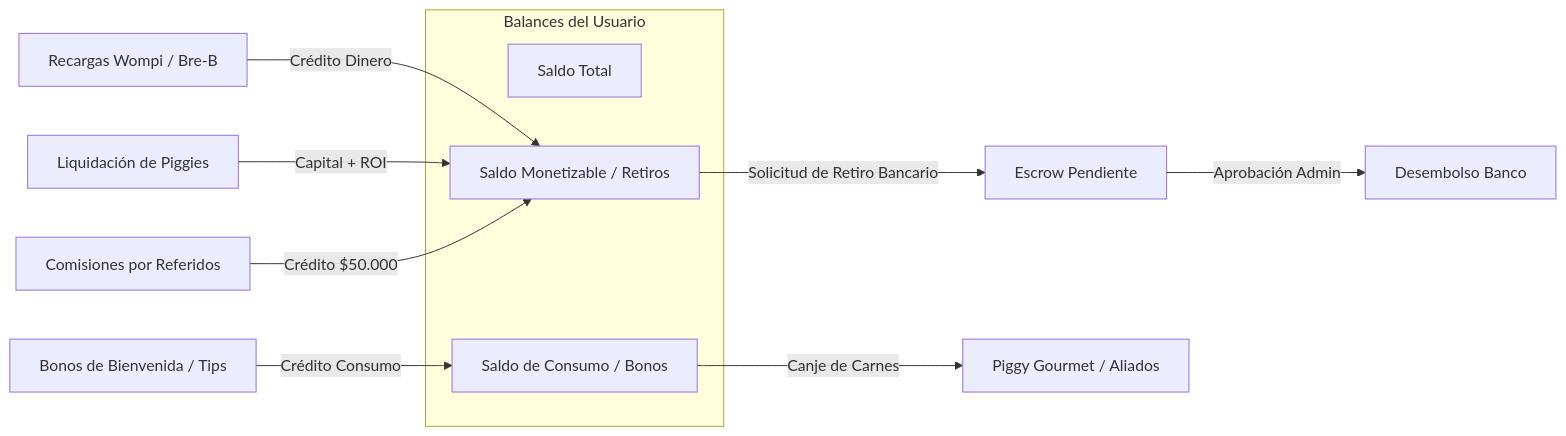
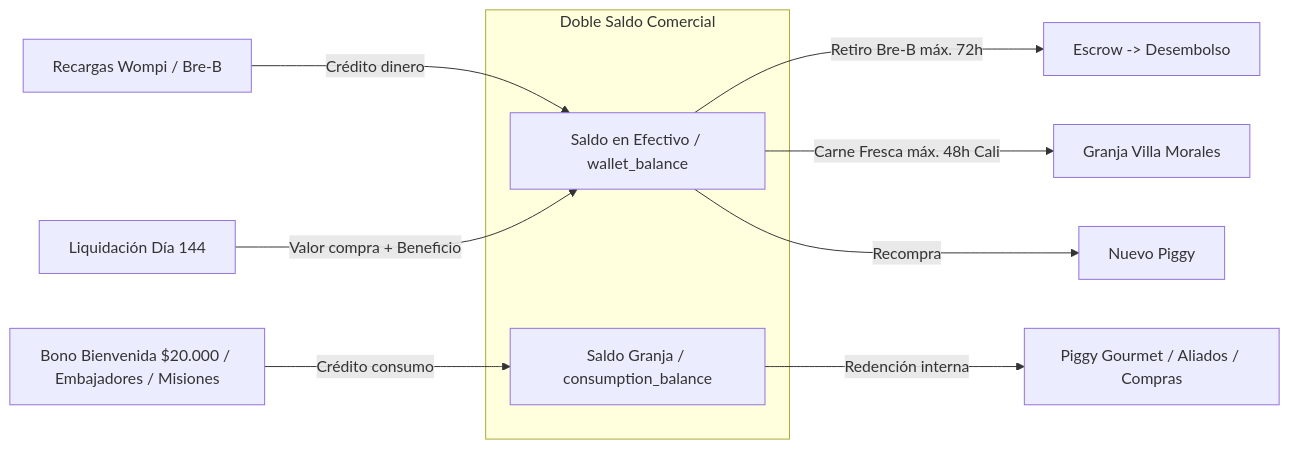
Before and after one commit to amsterdamlab/piggy-app-v2: the second of 2 diagrams in BLUEPRINT_V2.5.md, drawn with Mermaid. The commit also changed other lines of this file and 4 other files, not shown here.

````diff
--- a/BLUEPRINT_V2.5.md
+++ b/BLUEPRINT_V2.5.md
@@ -203,18 +195,16 @@
 ```mermaid
 graph LR
-    subgraph Balances del Usuario
-        ST[Saldo Total]
-        SM[Saldo Monetizable / Retiros]
-        SC[Saldo de Consumo / Bonos]
+    subgraph Doble Saldo Comercial
+        SE[Saldo en Efectivo / wallet_balance]
+        SG[Saldo Granja / consumption_balance]
     end
     
-    A[Recargas Wompi / Bre-B] -->|Crédito Dinero| SM
-    B[Liquidación de Piggies] -->|Capital + ROI| SM
-    C[Bonos de Bienvenida / Tips] -->|Crédito Consumo| SC
-    D[Comisiones por Referidos] -->|Crédito $50.000| SM
+    A[Recargas Wompi / Bre-B] -->|Crédito dinero| SE
+    B[Liquidación Día 144] -->|Valor compra + Beneficio| SE
+    C[Bono Bienvenida $20.000 / Embajadores / Misiones] -->|Crédito consumo| SG
     
-    SM -->|Solicitud de Retiro Bancario| E[Escrow Pendiente]
-    E -->|Aprobación Admin| F[Desembolso Banco]
-    
-    SC -->|Canje de Carnes| G[Piggy Gourmet / Aliados]
+    SE -->|Retiro Bre-B máx. 72h| D[Escrow -> Desembolso]
+    SE -->|Carne Fresca máx. 48h Cali| E[Granja Villa Morales]
+    SE -->|Recompra| F[Nuevo Piggy]
+    SG -->|Redención interna| G[Piggy Gourmet / Aliados / Compras]
 ```
````
